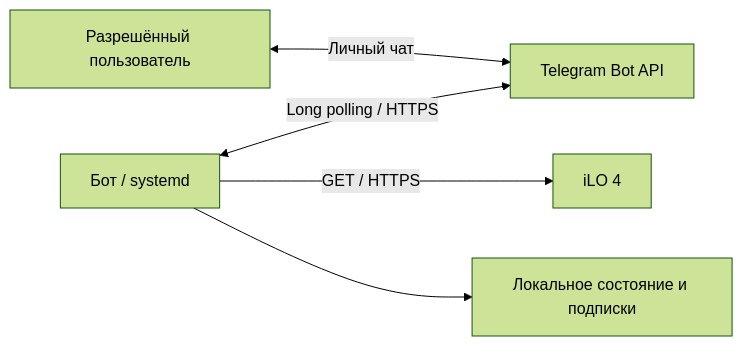
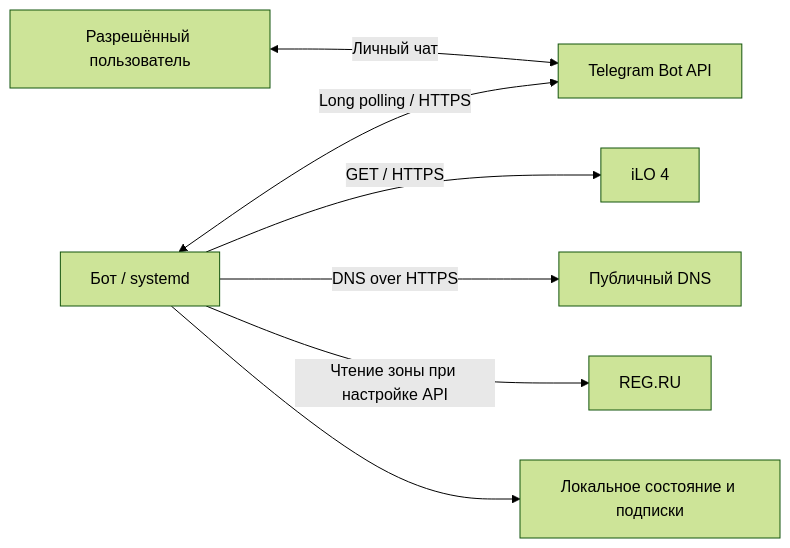
The diagram in README.md (SSChert228/ilo-telegram-bot), drawn with Mermaid (forest theme) before and after one commit. The commit also changed other lines of this file, not shown here.

Commit message:
Document domain monitoring, REG.RU setup and verification

````diff
--- a/README.md
+++ b/README.md
@@ -37,7 +39,9 @@
 ```mermaid
 flowchart LR
     U[Разрешённый пользователь] <-->|Личный чат| T[Telegram Bot API]
     B[Бот / systemd] <-->|Long polling / HTTPS| T
     B -->|GET / HTTPS| I[iLO 4]
+    B -->|DNS over HTTPS| D[Публичный DNS]
+    B -->|Чтение зоны при настройке API| R[REG.RU]
     B --> S[Локальное состояние и подписки]
 ```
````
